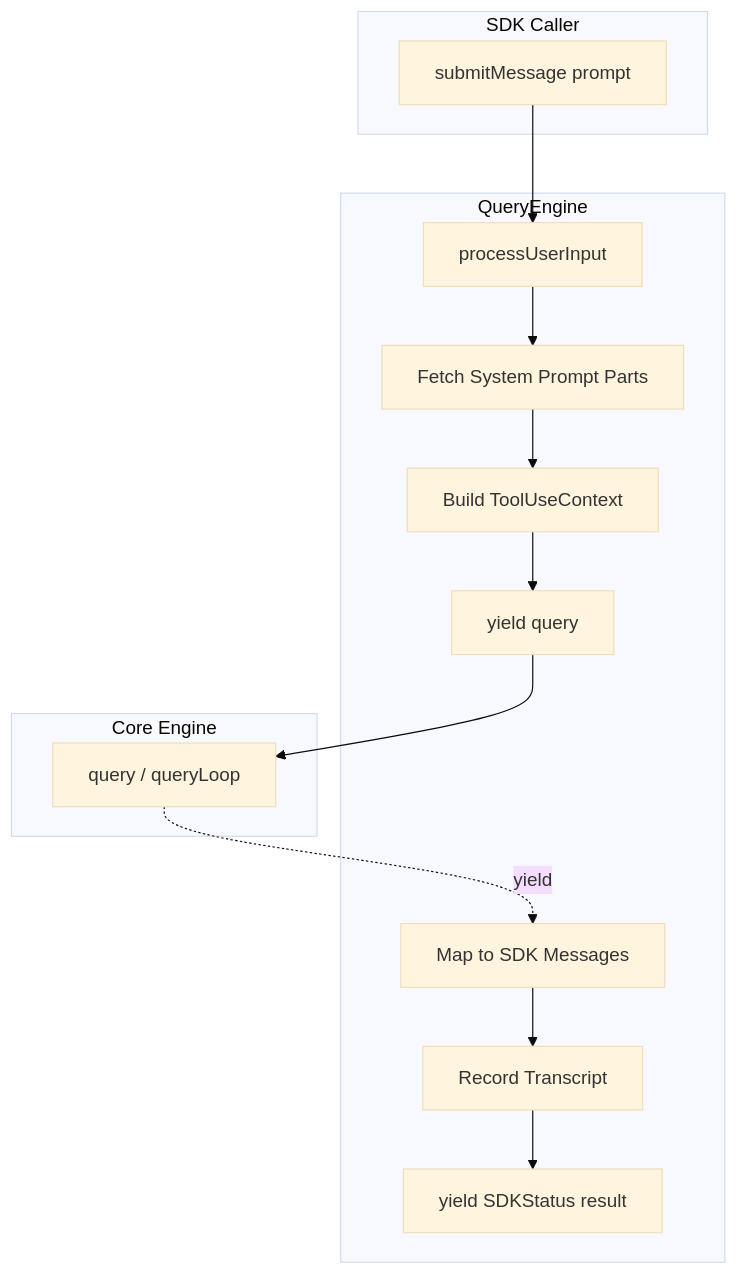
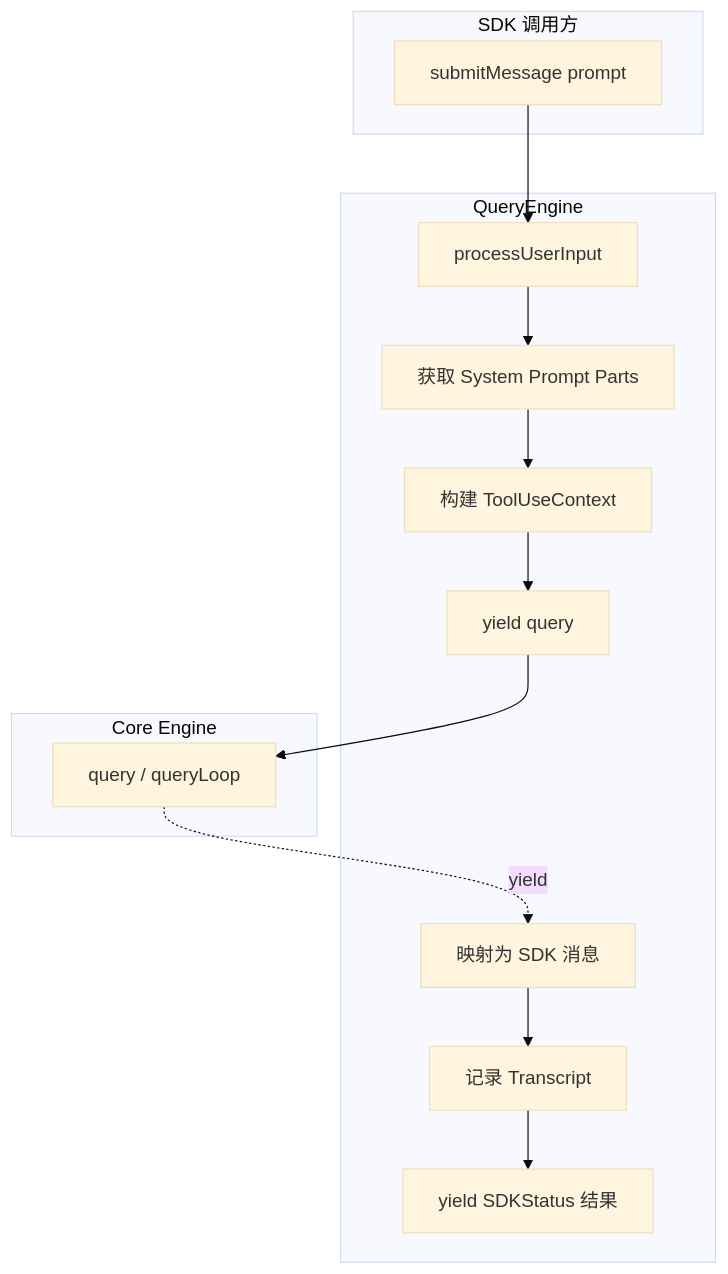
One commit to wisdom-pan/claude-code-learning changed the fourth of 8 diagrams in docs/02-core-engine.md. Above: the diagram before and after it, drawn with Mermaid (base theme). The commit also changed other lines of this file and 4 other files, not shown here.

````diff
--- a/docs/02-core-engine.md
+++ b/docs/02-core-engine.md
@@ -442,29 +442,29 @@
 ```mermaid
 flowchart TB
-    subgraph "SDK Caller"
+    subgraph "SDK 调用方"
         A[submitMessage prompt]
     end
 
     subgraph "QueryEngine"
         B[processUserInput]
-        C[Fetch System Prompt Parts]
-        D[Build ToolUseContext]
+        C[获取 System Prompt Parts]
+        D[构建 ToolUseContext]
         E[yield query]
-        F[Map to SDK Messages]
-        G[Record Transcript]
-        H[yield SDKStatus result]
+        F[映射为 SDK 消息]
+        G[记录 Transcript]
+        H[yield SDKStatus 结果]
     end
 
     subgraph "Core Engine"
         I[query / queryLoop]
     end
 
     A --> B
     B --> C
     C --> D
     D --> E
     E --> I
     I -.yield.-> F
     F --> G
     G --> H
 ```
````
